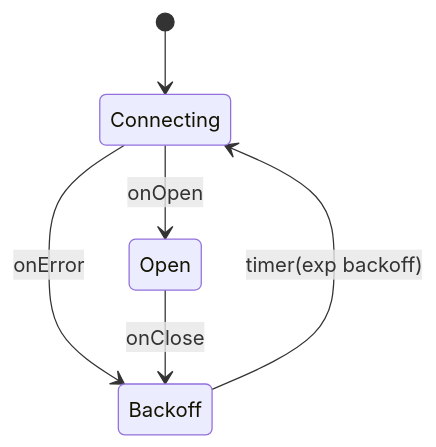
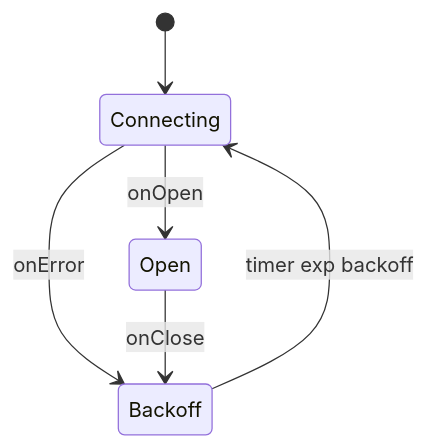
Before and after one commit to SKNETWORKS-FAMILY-AICAMP/SKN12-FINAL-2TEAM: diagram 24 of 31 in FRONTEND_UML_SPECIFICATION.md, drawn with Mermaid. The commit also changed other lines of this file, not shown here.

````diff
--- a/FRONTEND_UML_SPECIFICATION.md
+++ b/FRONTEND_UML_SPECIFICATION.md
@@ -889,8 +889,8 @@
 ```mermaid
 stateDiagram-v2
     [*] --> Connecting
     Connecting --> Open : onOpen
     Connecting --> Backoff : onError
     Open --> Backoff : onClose
-    Backoff --> Connecting : timer(exp backoff)
+    Backoff --> Connecting : timer exp backoff
 ```
````
